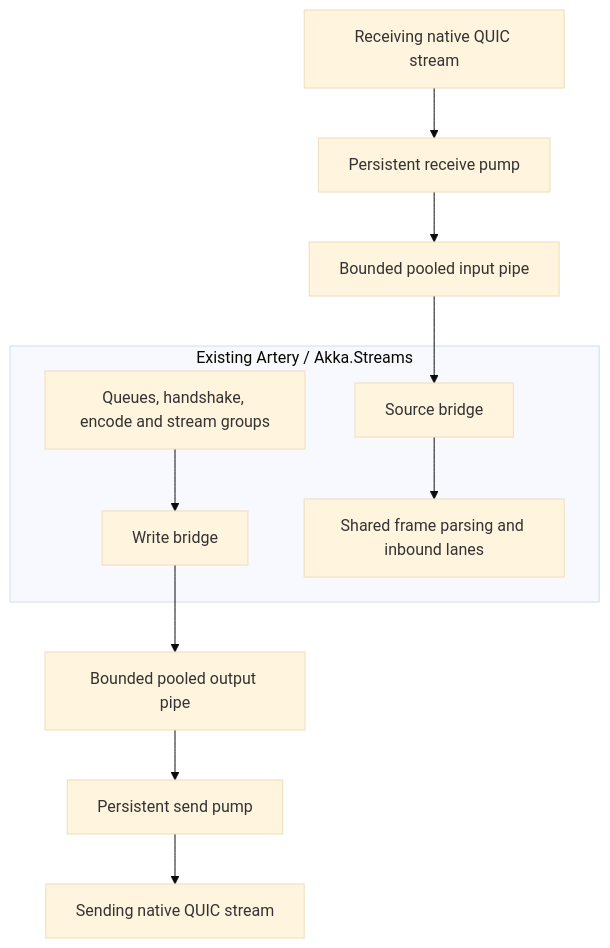
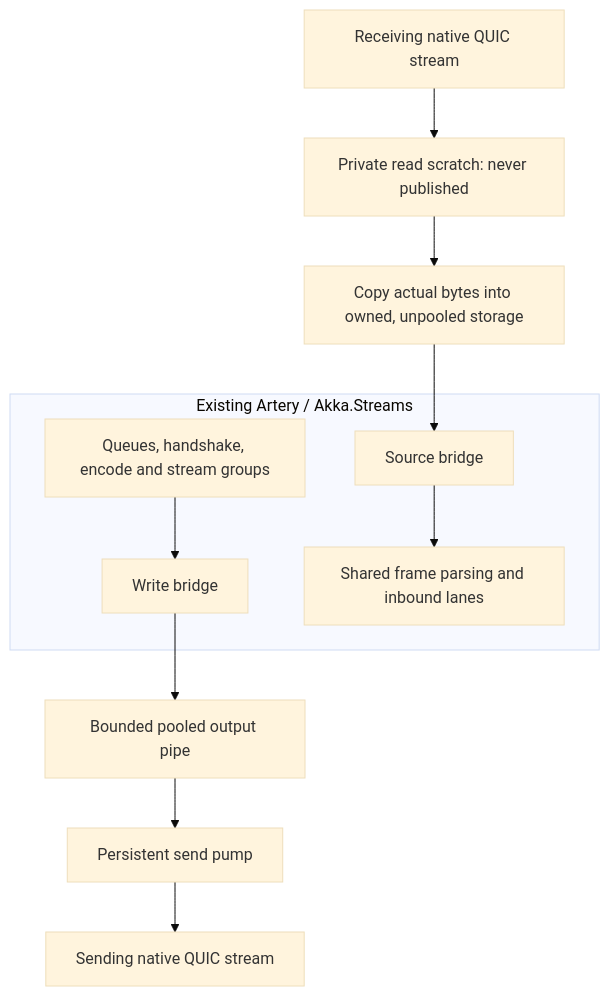
Before and after one commit to akkadotnet/akka.net: the second of 4 diagrams in openspec/changes/artery-quic-prototype/design.md, drawn with Mermaid (base theme). The commit also changed other lines of this file and 1 other file, not shown here.

Commit message:
Specify receive ownership and QUIC multi-node safety coverage

````diff
--- a/openspec/changes/artery-quic-prototype/design.md
+++ b/openspec/changes/artery-quic-prototype/design.md
@@ -129,13 +130,13 @@
 ```mermaid
 flowchart TB
     subgraph Graph["Existing Artery / Akka.Streams"]
         A["Queues, handshake, encode and stream groups"] --> B["Write bridge"]
         R["Source bridge"] --> D["Shared frame parsing and inbound lanes"]
     end
     B --> OP["Bounded pooled output pipe"]
     OP --> SP["Persistent send pump"]
     SP --> OUT["Sending native QUIC stream"]
-    IN["Receiving native QUIC stream"] --> RP["Persistent receive pump"]
-    RP --> IP["Bounded pooled input pipe"]
-    IP --> R
+    IN["Receiving native QUIC stream"] --> RS["Private read scratch: never published"]
+    RS --> RC["Copy actual bytes into owned, unpooled storage"]
+    RC --> R
 ```
````
